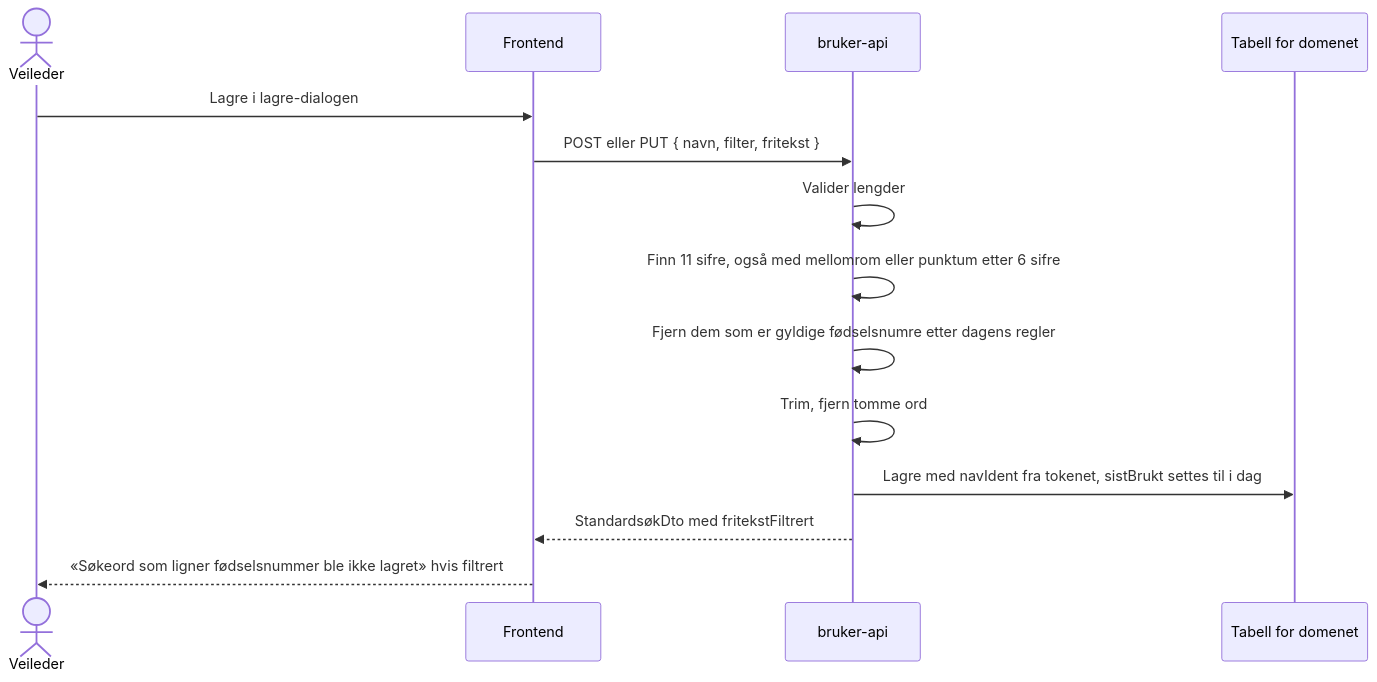
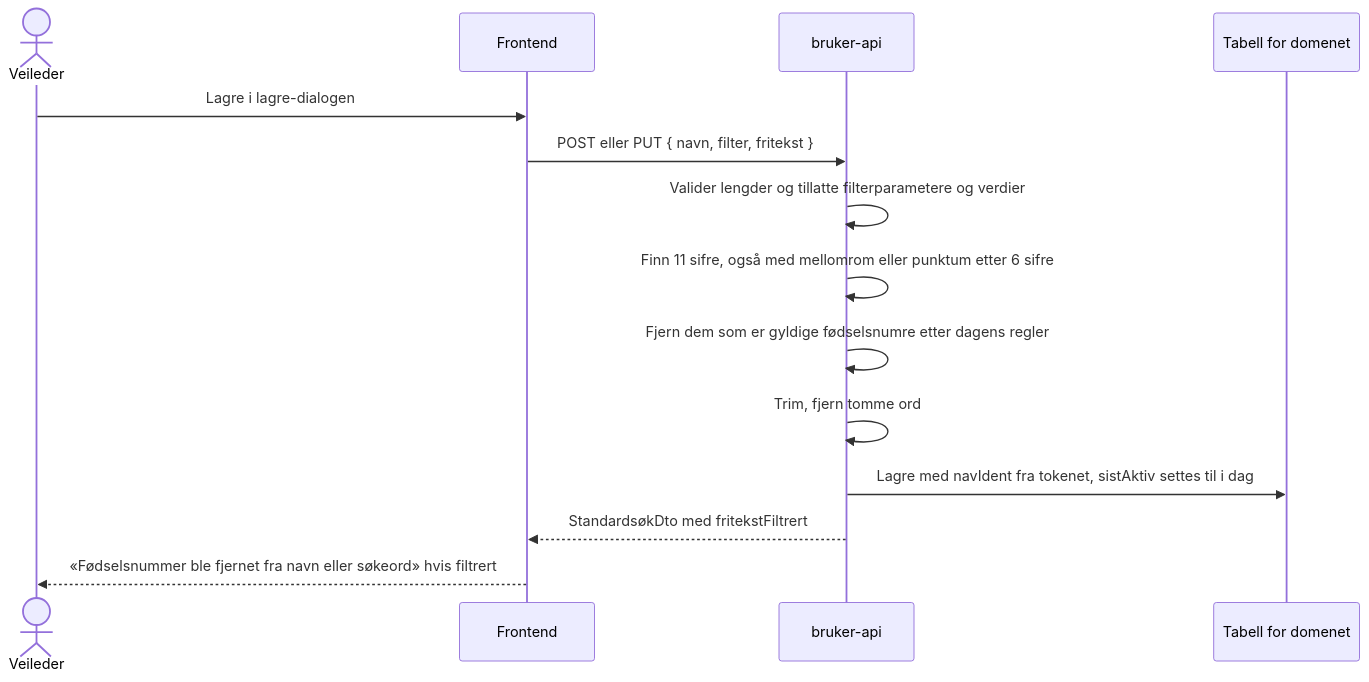
The second of 4 diagrams in docs/9-planer/standardsok.md (navikt/rekrutteringstreff-backend), drawn with Mermaid before and after one commit. The commit also changed other lines of this file, not shown here.

````diff
--- a/docs/9-planer/standardsok.md
+++ b/docs/9-planer/standardsok.md
@@ -155,16 +166,16 @@
 ```mermaid
 sequenceDiagram
     actor V as Veileder
     participant FE as Frontend
     participant API as bruker-api
     participant DB as Tabell for domenet
     V->>FE: Lagre i lagre-dialogen
     FE->>API: POST eller PUT { navn, filter, fritekst }
-    API->>API: Valider lengder
+    API->>API: Valider lengder og tillatte filterparametere og verdier
     API->>API: Finn 11 sifre, også med mellomrom eller punktum etter 6 sifre
     API->>API: Fjern dem som er gyldige fødselsnumre etter dagens regler
     API->>API: Trim, fjern tomme ord
-    API->>DB: Lagre med navIdent fra tokenet, sistBrukt settes til i dag
+    API->>DB: Lagre med navIdent fra tokenet, sistAktiv settes til i dag
     API-->>FE: StandardsøkDto med fritekstFiltrert
-    FE-->>V: «Søkeord som ligner fødselsnummer ble ikke lagret» hvis filtrert
+    FE-->>V: «Fødselsnummer ble fjernet fra navn eller søkeord» hvis filtrert
 ```
````
